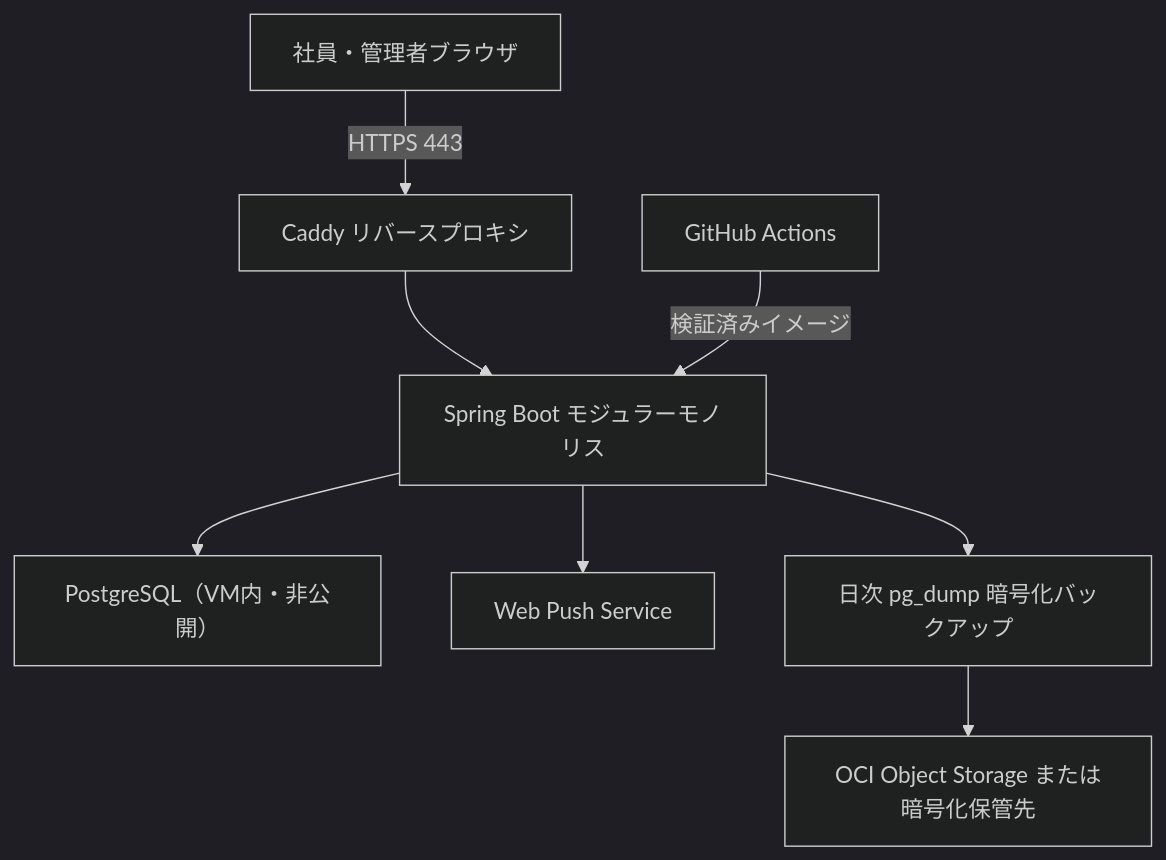
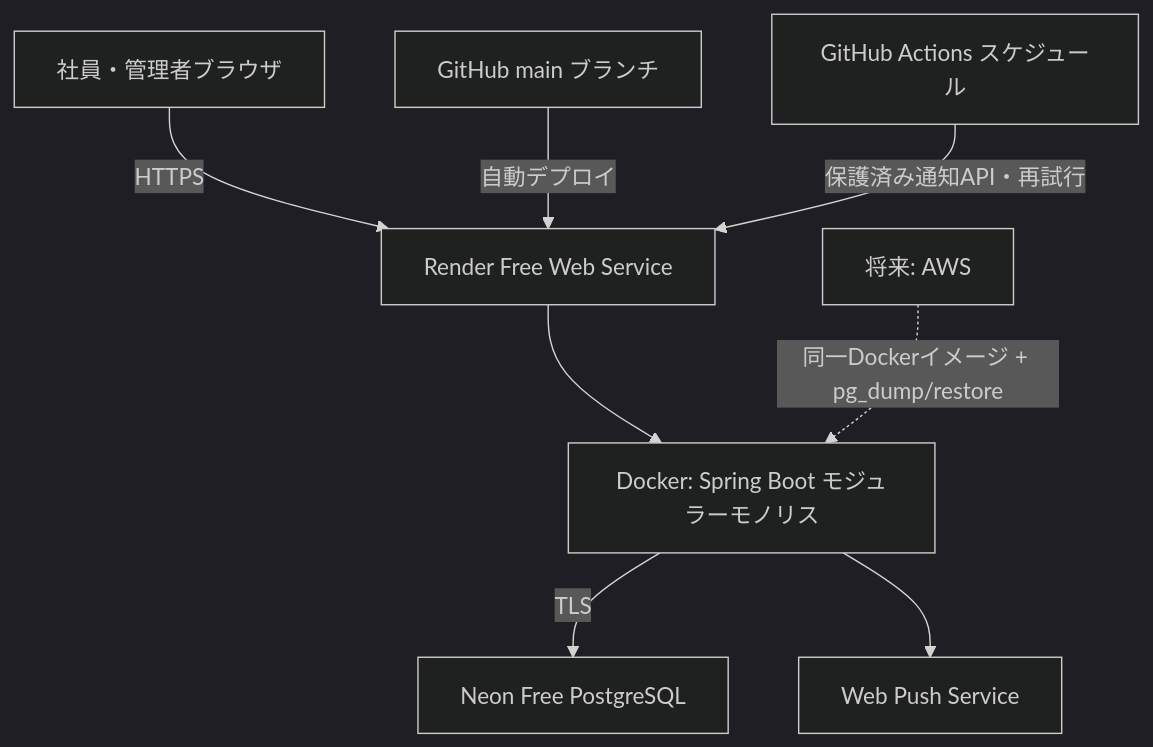
One commit to hrk-bb/Clokka changed the diagram in docs/02_architecture.md. Above: the diagram before and after it, drawn with Mermaid (dark theme). The commit also changed other lines of this file, not shown here.

````diff
--- a/docs/02_architecture.md
+++ b/docs/02_architecture.md
@@ -17,10 +17,10 @@
 ```mermaid
 flowchart TB
-  U["社員・管理者ブラウザ"] -->|HTTPS 443| C["Caddy リバースプロキシ"]
-  C --> A["Spring Boot モジュラーモノリス"]
-  A --> P["PostgreSQL（VM内・非公開）"]
+  U["社員・管理者ブラウザ"] -->|HTTPS| R["Render Free Web Service"]
+  R --> A["Docker: Spring Boot モジュラーモノリス"]
+  A -->|TLS| P["Neon Free PostgreSQL"]
   A --> W["Web Push Service"]
-  A --> B["日次 pg_dump 暗号化バックアップ"]
-  B --> O["OCI Object Storage または暗号化保管先"]
-  G["GitHub Actions"] -->|"検証済みイメージ"| A
+  G["GitHub main ブランチ"] -->|"自動デプロイ"| R
+  S["GitHub Actions スケジュール"] -->|"保護済み通知API・再試行"| R
+  F["将来: AWS"] -.->|"同一Dockerイメージ + pg_dump/restore"| A
 ```
````
